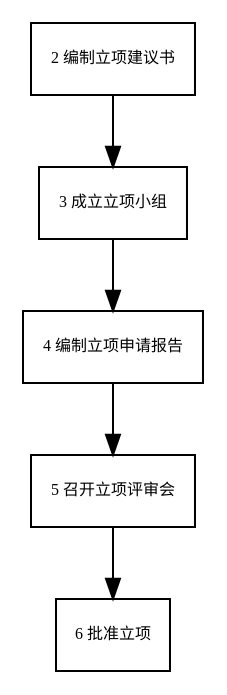
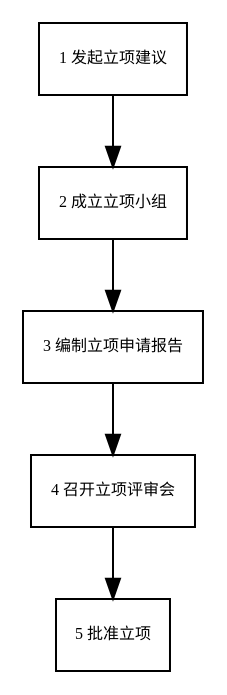
The diagram in source/work/lp/asset/立项流程.rst (cruiurc/cruiurc.github.io), drawn with Graphviz before and after one commit. The commit also changed other lines of this file, not shown here.

```diff
--- a/source/work/lp/asset/立项流程.rst
+++ b/source/work/lp/asset/立项流程.rst
@@ -29,15 +29,15 @@
 .. graphviz::
 
     digraph 立项{
       {
-        编制立项建议书 [shape=box fontsize=8 label="2 编制立项建议书"];
-        成立立项小组 [shape=box fontsize=8 label="3 成立立项小组"];
-        编制立项申请报告 [shape=box fontsize=8 label="4 编制立项申请报告"];
-        召开立项评审会 [shape=box fontsize=8 label="5 召开立项评审会"];
-        批准立项 [shape=box fontsize=8 label="6 批准立项"];
+        发起立项建议 [shape=box fontsize=8 label="1 发起立项建议"];
+        成立立项小组 [shape=box fontsize=8 label="2 成立立项小组"];
+        编制立项申请报告 [shape=box fontsize=8 label="3 编制立项申请报告"];
+        召开立项评审会 [shape=box fontsize=8 label="4 召开立项评审会"];
+        批准立项 [shape=box fontsize=8 label="5 批准立项"];
       }
-        编制立项建议书 -> 成立立项小组;
+        发起立项建议 -> 成立立项小组;
         成立立项小组 -> 编制立项申请报告;
         编制立项申请报告 -> 召开立项评审会;
         召开立项评审会 -> 批准立项;
     }
```
